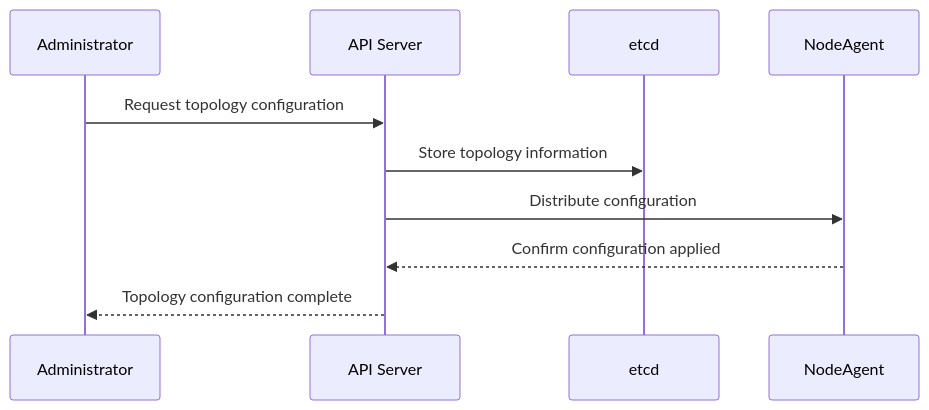
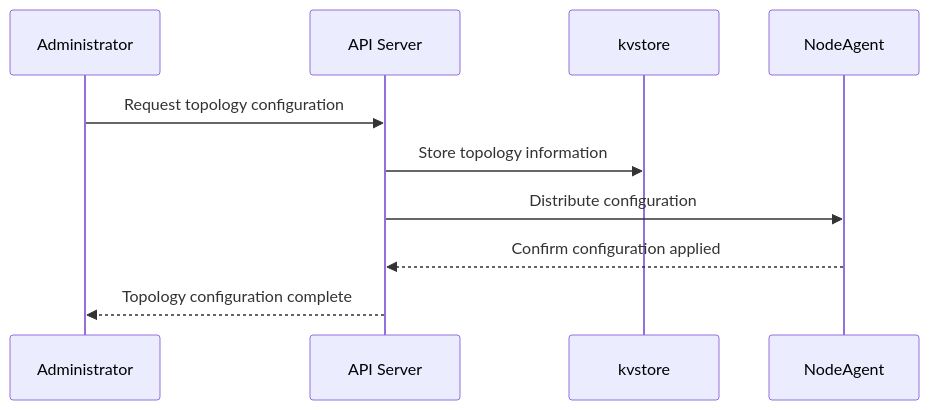
Before and after one commit to eclipse-pullpiri/pullpiri: the third of 3 diagrams in doc/architecture/EN/HLD/pullpiri_clustering.md, drawn with Mermaid. The commit also changed other lines of this file and 8 other files, not shown here.

Commit message:
Update documentation to replace 'etcd' with 'kvstore' across multiple files

````diff
--- a/doc/architecture/EN/HLD/pullpiri_clustering.md
+++ b/doc/architecture/EN/HLD/pullpiri_clustering.md
@@ -199,13 +199,13 @@
 ```mermaid
 sequenceDiagram
     participant A as Administrator
     participant AS as API Server
-    participant ET as etcd
+    participant DB as kvstore
     participant NA as NodeAgent
     
     A->>AS: Request topology configuration
-    AS->>ET: Store topology information
+    AS->>DB: Store topology information
     AS->>NA: Distribute configuration
     NA-->>AS: Confirm configuration applied
     AS-->>A: Topology configuration complete
 ```
````
